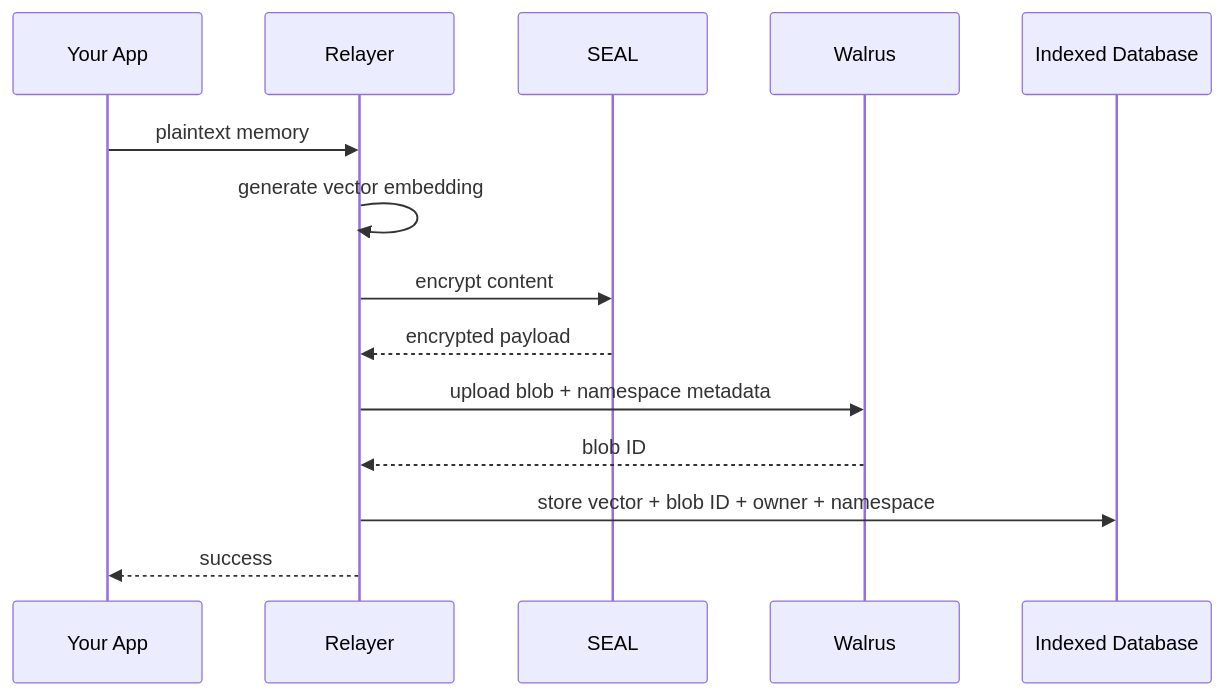
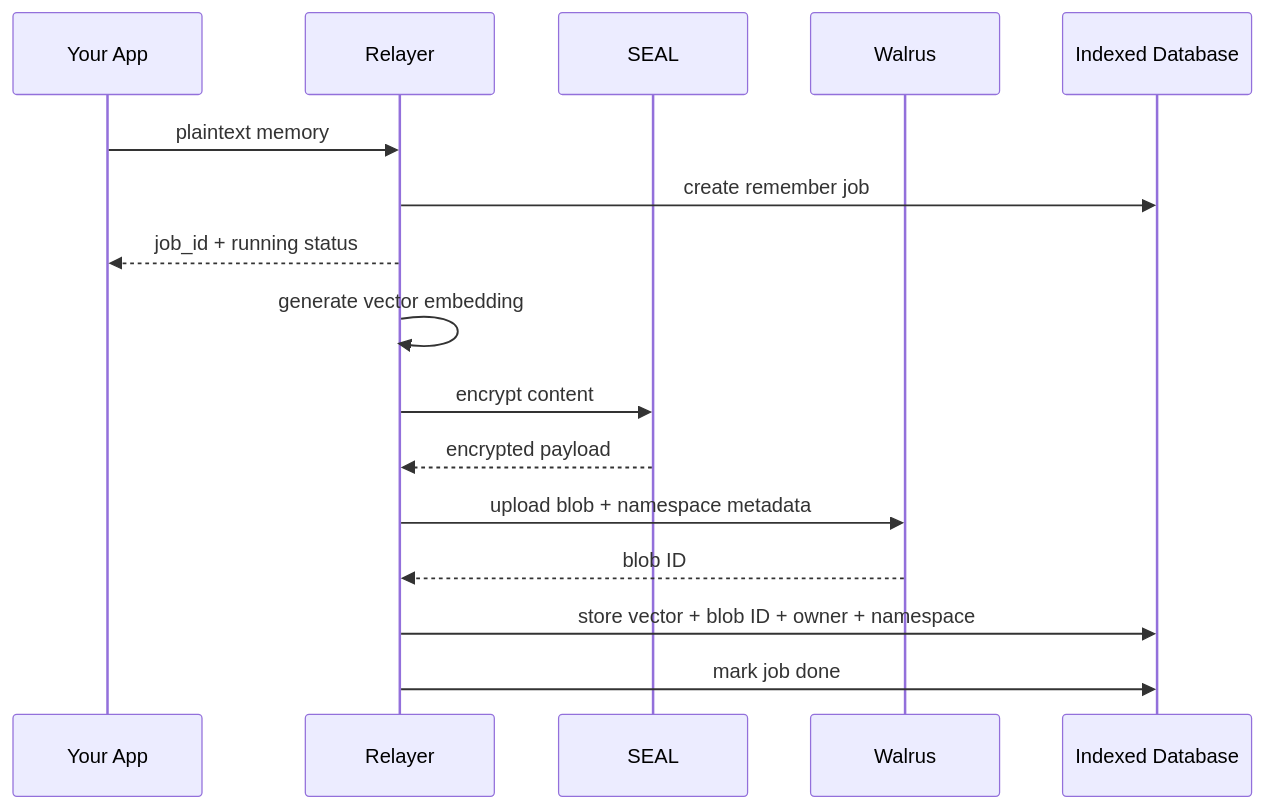
Before and after one commit to MystenLabs/MemWal: the first of 3 diagrams in docs/fundamentals/architecture/how-storage-works.md, drawn with Mermaid. The commit also changed other lines of this file and 31 other files, not shown here.

````diff
--- a/docs/fundamentals/architecture/how-storage-works.md
+++ b/docs/fundamentals/architecture/how-storage-works.md
@@ -10,17 +10,19 @@
 ```mermaid
 sequenceDiagram
     participant App as Your App
     participant Relayer as Relayer
     participant SEAL as SEAL
     participant Walrus as Walrus
     participant DB as Indexed Database
 
     App->>Relayer: plaintext memory
+    Relayer->>DB: create remember job
+    Relayer-->>App: job_id + running status
     Relayer->>Relayer: generate vector embedding
     Relayer->>SEAL: encrypt content
     SEAL-->>Relayer: encrypted payload
     Relayer->>Walrus: upload blob + namespace metadata
     Walrus-->>Relayer: blob ID
     Relayer->>DB: store vector + blob ID + owner + namespace
-    Relayer-->>App: success
+    Relayer->>DB: mark job done
 ```
````
